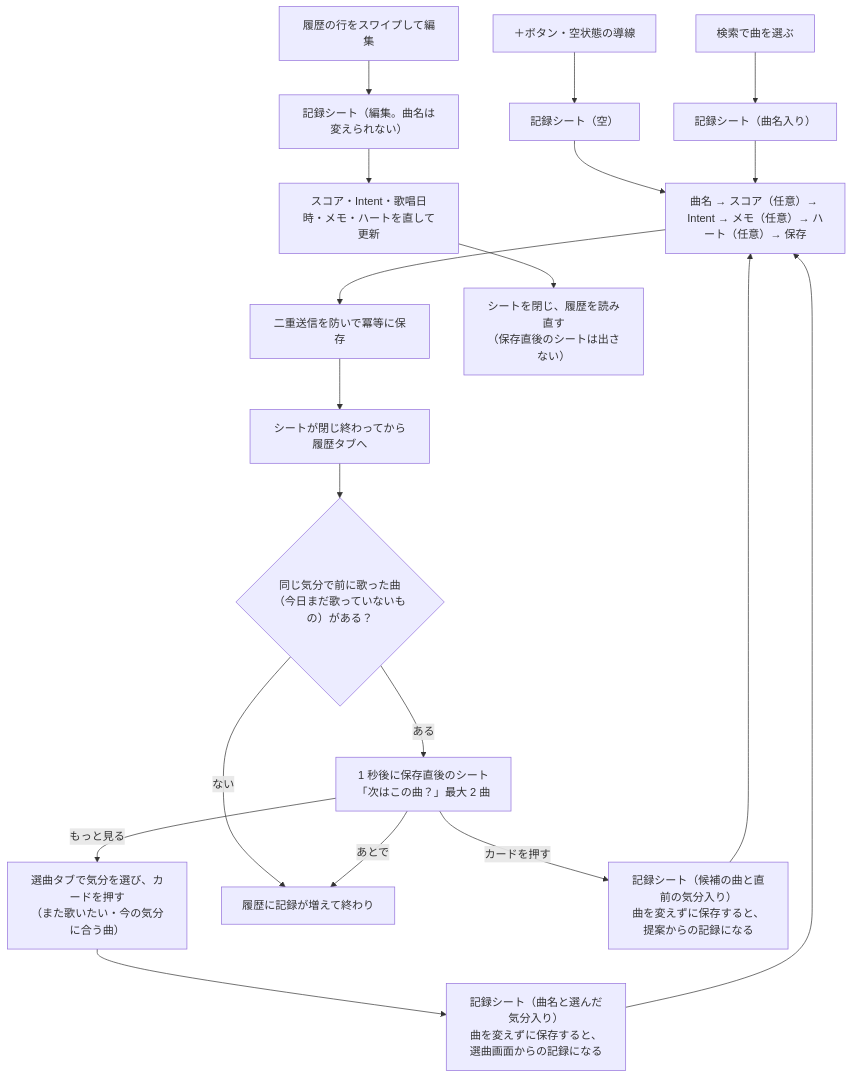
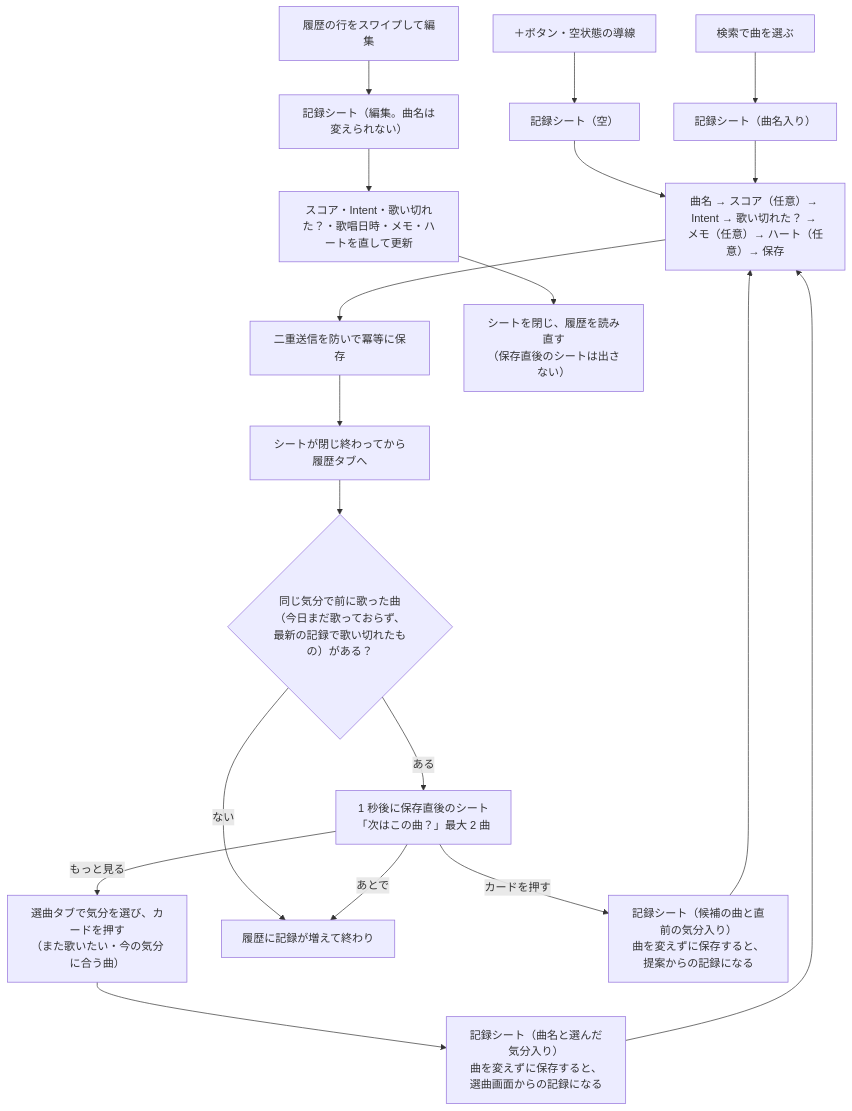
One commit to omomi-moti/Karaoke_support changed the fourth of 4 diagrams in docs/architecture.md. Above: the diagram before and after it, drawn with Mermaid. The commit also changed other lines of this file and 28 other files, not shown here.

````diff
--- a/docs/architecture.md
+++ b/docs/architecture.md
@@ -215,23 +217,23 @@
 ```mermaid
 flowchart TD
     P["＋ボタン・空状態の導線"] --> S1["記録シート（空）"]
     R["検索で曲を選ぶ"] --> S2["記録シート（曲名入り）"]
     SEL["選曲タブで気分を選び、カードを押す<br>（また歌いたい・今の気分に合う曲）"] --> S5["記録シート（曲名と選んだ気分入り）<br>曲を変えずに保存すると、選曲画面からの記録になる"]
     E["履歴の行をスワイプして編集"] --> S3["記録シート（編集。曲名は変えられない）"]
 
-    S1 --> IN["曲名 → スコア（任意）→ Intent → メモ（任意）→ ハート（任意）→ 保存"]
+    S1 --> IN["曲名 → スコア（任意）→ Intent → 歌い切れた？ → メモ（任意）→ ハート（任意）→ 保存"]
     S2 --> IN
     IN --> SAVE["二重送信を防いで冪等に保存"]
     SAVE --> CLOSE["シートが閉じ終わってから履歴タブへ"]
-    CLOSE --> Q{"同じ気分で前に歌った曲<br>（今日まだ歌っていないもの）がある？"}
+    CLOSE --> Q{"同じ気分で前に歌った曲<br>（今日まだ歌っておらず、最新の記録で歌い切れたもの）がある？"}
     Q -->|ある| AS["1 秒後に保存直後のシート<br>「次はこの曲？」最大 2 曲"]
     Q -->|ない| END["履歴に記録が増えて終わり"]
     AS -->|カードを押す| S4["記録シート（候補の曲と直前の気分入り）<br>曲を変えずに保存すると、提案からの記録になる"]
     AS -->|あとで| END
     AS -->|もっと見る| SEL
     S4 --> IN
     S5 --> IN
 
-    S3 --> UP["スコア・Intent・歌唱日時・メモ・ハートを直して更新"]
+    S3 --> UP["スコア・Intent・歌い切れた？・歌唱日時・メモ・ハートを直して更新"]
     UP --> CLOSE2["シートを閉じ、履歴を読み直す<br>（保存直後のシートは出さない）"]
 ```
````
